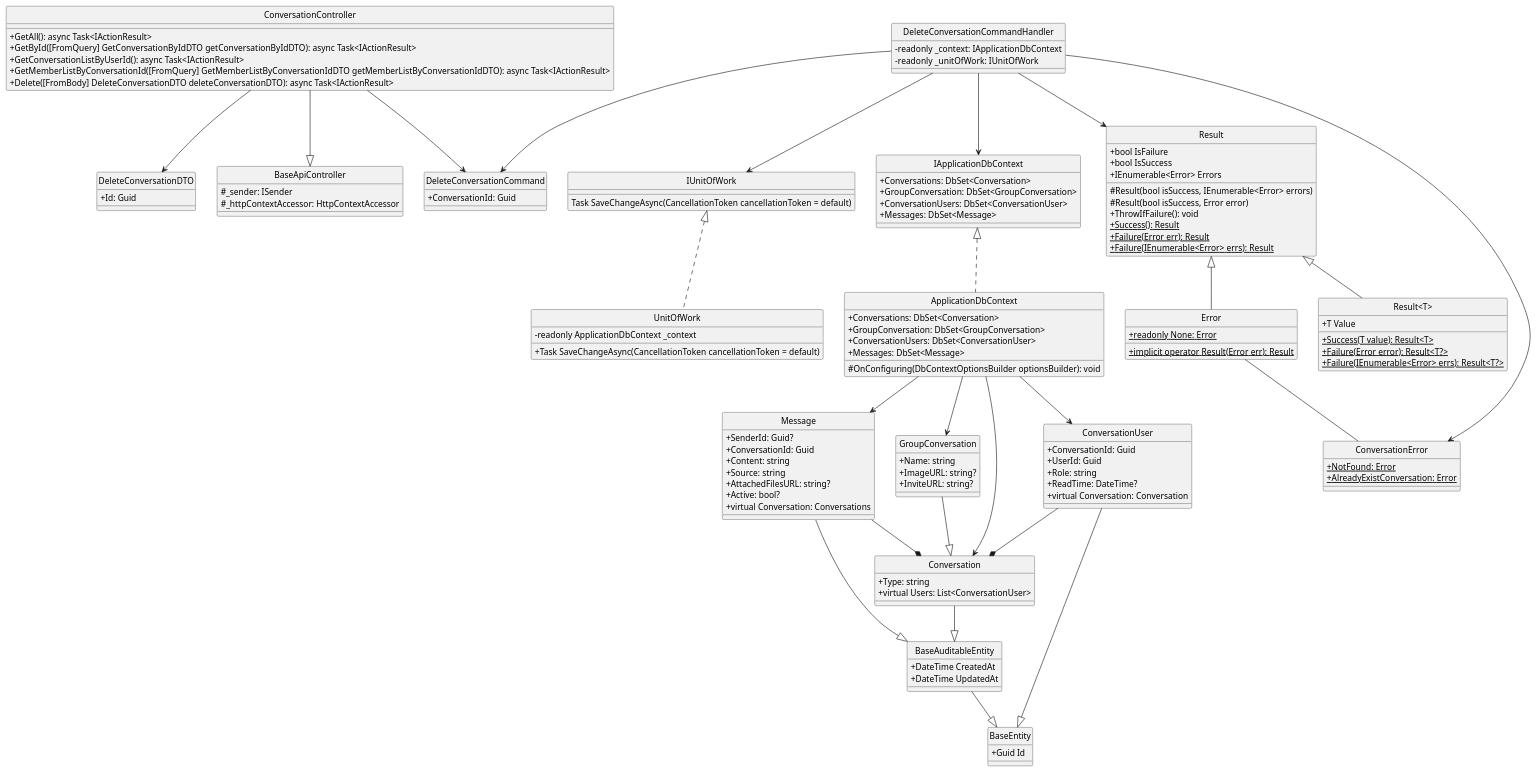
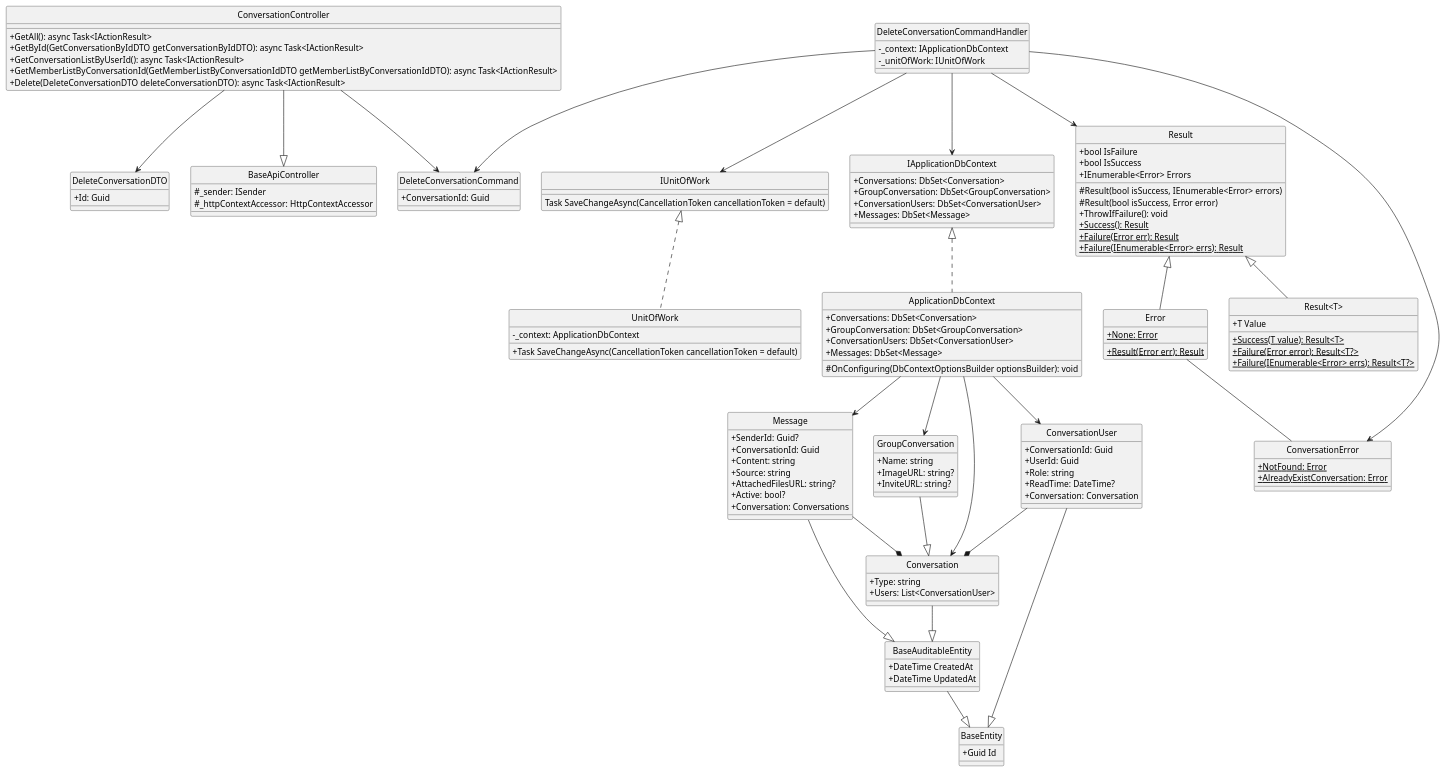
Before and after one commit to Carl-Johnsons/Chat-Application: the diagram in docs/Class Diagram/Conversation/DeleteConversation/ClassDiagram.plantuml, drawn with PlantUML. The commit also changed 8 other files, not shown here.

```diff
--- a/docs/Class Diagram/Conversation/DeleteConversation/ClassDiagram.plantuml
+++ b/docs/Class Diagram/Conversation/DeleteConversation/ClassDiagram.plantuml
@@ -1,154 +1,154 @@
 @startuml 
 hide circle
 skinparam classAttributeIconSize 0
 
 class BaseApiController {
     #_sender: ISender
     #_httpContextAccessor: HttpContextAccessor
 }
 
 class ConversationController {
     +GetAll(): async Task<IActionResult>
-    +GetById([FromQuery] GetConversationByIdDTO getConversationByIdDTO): async Task<IActionResult>
+    +GetById(GetConversationByIdDTO getConversationByIdDTO): async Task<IActionResult>
     +GetConversationListByUserId(): async Task<IActionResult>
-    +GetMemberListByConversationId([FromQuery] GetMemberListByConversationIdDTO getMemberListByConversationIdDTO): async Task<IActionResult>
-    +Delete([FromBody] DeleteConversationDTO deleteConversationDTO): async Task<IActionResult>
+    +GetMemberListByConversationId(GetMemberListByConversationIdDTO getMemberListByConversationIdDTO): async Task<IActionResult>
+    +Delete(DeleteConversationDTO deleteConversationDTO): async Task<IActionResult>
 }
 
 class DeleteConversationCommand{
     +ConversationId: Guid
 }
 
 class DeleteConversationCommandHandler{
-    -readonly _context: IApplicationDbContext
-    -readonly _unitOfWork: IUnitOfWork
+    -_context: IApplicationDbContext
+    -_unitOfWork: IUnitOfWork
 }
 
 class IApplicationDbContext {
     +Conversations: DbSet<Conversation>
     +GroupConversation: DbSet<GroupConversation>
     +ConversationUsers: DbSet<ConversationUser>
     +Messages: DbSet<Message>
 }
 
 class ApplicationDbContext {
     +Conversations: DbSet<Conversation>
     +GroupConversation: DbSet<GroupConversation>
     +ConversationUsers: DbSet<ConversationUser>
     +Messages: DbSet<Message>
     #OnConfiguring(DbContextOptionsBuilder optionsBuilder): void
 }
 
 class Result {
     +bool IsFailure
     +bool IsSuccess
     +IEnumerable<Error> Errors
     #Result(bool isSuccess, IEnumerable<Error> errors)
     #Result(bool isSuccess, Error error)
     +ThrowIfFailure(): void
     {static} +Success(): Result
     {static} +Failure(Error err): Result
     {static} +Failure(IEnumerable<Error> errs): Result
 }
 
 class "Result<T>" {
     +T Value
     {static} +Success(T value): Result<T>
     {static} +Failure(Error error): Result<T?>
     {static} +Failure(IEnumerable<Error> errs): Result<T?>
 }
 
 class Error {
-    {static} +readonly None: Error
-    {static} +implicit operator Result(Error err): Result
+    {static} +None: Error
+    {static} +Result(Error err): Result
 }
 
 class DeleteConversationDTO{
     +Id: Guid
 }
 
 
 class IUnitOfWork {
     Task SaveChangeAsync(CancellationToken cancellationToken = default)
 }
 
 class UnitOfWork {
-    -readonly ApplicationDbContext _context
+    -_context: ApplicationDbContext
     +Task SaveChangeAsync(CancellationToken cancellationToken = default)
 }
 
 class ConversationError{
     {static} +NotFound: Error
     {static} +AlreadyExistConversation: Error
 }
 
 class BaseEntity {
     +Guid Id
 }
 
 class BaseAuditableEntity{
     +DateTime CreatedAt
     +DateTime UpdatedAt
 }
 
 class Conversation {
     +Type: string
-    +virtual Users: List<ConversationUser>
+    +Users: List<ConversationUser>
 }
 
 class GroupConversation {
     +Name: string
     +ImageURL: string?
     +InviteURL: string?
 }
 
 class ConversationUser {
     +ConversationId: Guid
     +UserId: Guid
     +Role: string
     +ReadTime: DateTime?
-    +virtual Conversation: Conversation
+    +Conversation: Conversation
 }
 
 class Message {
     +SenderId: Guid?
     +ConversationId: Guid
     +Content: string
     +Source: string
     +AttachedFilesURL: string?
     +Active: bool?
-    +virtual Conversation: Conversations
+    +Conversation: Conversations
 }
 
 ConversationController --|> BaseApiController
 ConversationController --> DeleteConversationCommand
 
 ConversationController --> DeleteConversationDTO
 
 DeleteConversationCommandHandler --> DeleteConversationCommand
 DeleteConversationCommandHandler --> Result
 DeleteConversationCommandHandler --> IUnitOfWork
 DeleteConversationCommandHandler --> IApplicationDbContext
 DeleteConversationCommandHandler --> ConversationError
 
 
 IUnitOfWork <|.. UnitOfWork
 IApplicationDbContext <|.. ApplicationDbContext
 Result <|-- Error
 Result <|-- "Result<T>"
 
 Error -- ConversationError
 
 ApplicationDbContext --> Conversation
 ApplicationDbContext --> GroupConversation
 ApplicationDbContext --> ConversationUser
 ApplicationDbContext --> Message
 
 Conversation --|> BaseAuditableEntity
 GroupConversation --|> Conversation
 ConversationUser --|> BaseEntity
 ConversationUser --* Conversation
 Message --|> BaseAuditableEntity
 Message --* Conversation
 BaseAuditableEntity --|> BaseEntity
 @enduml
```
